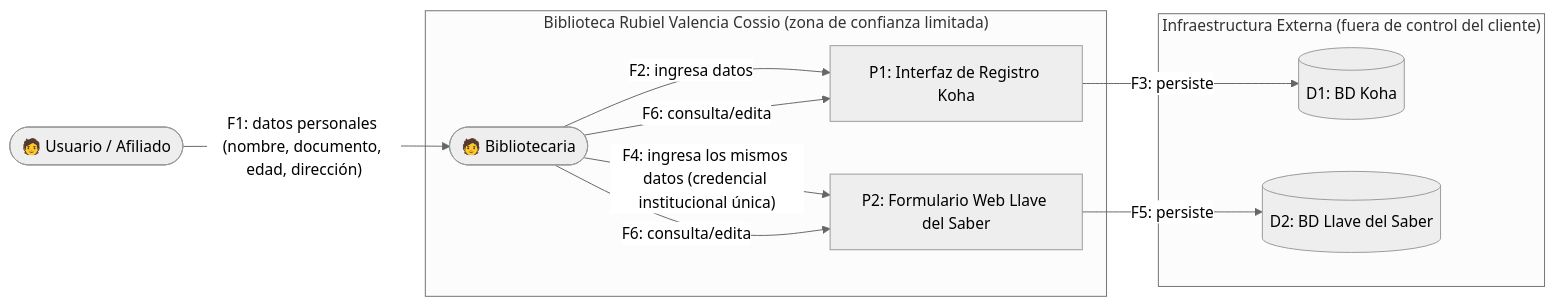
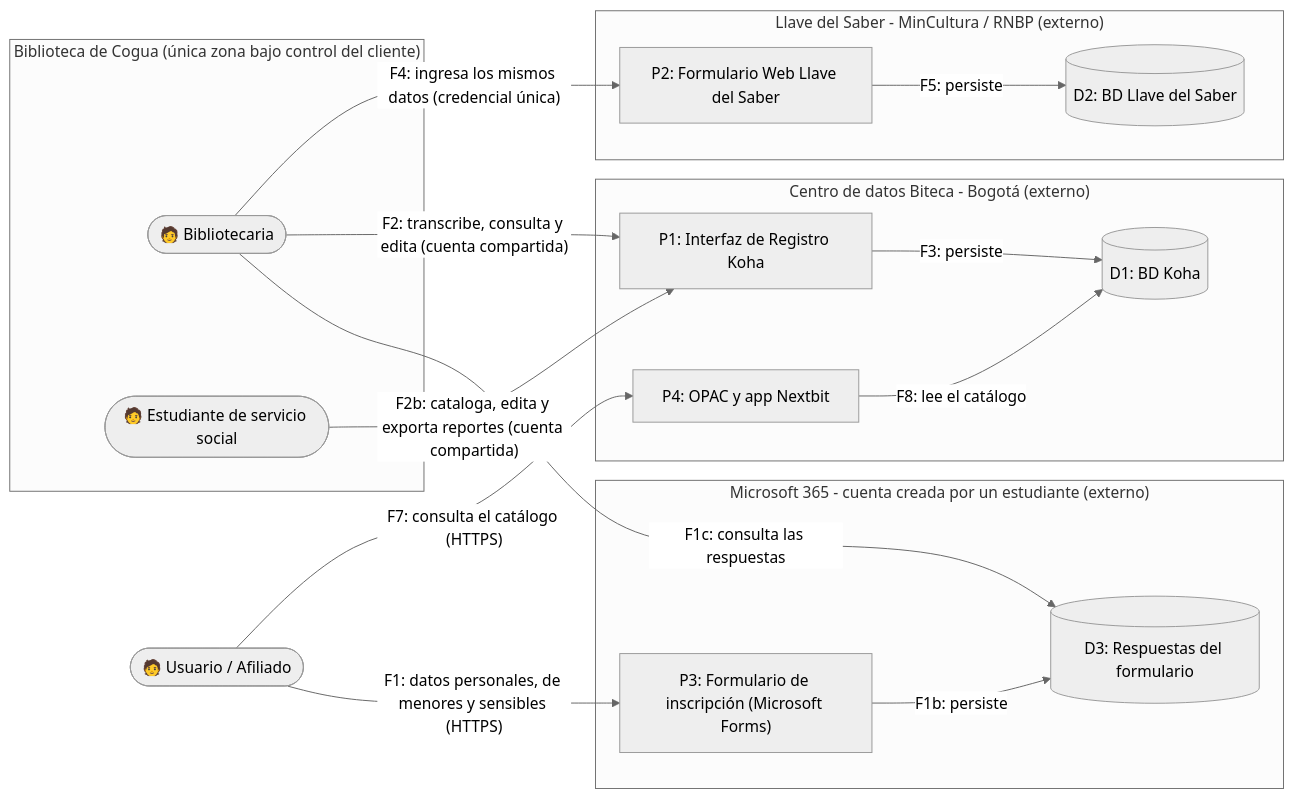
One commit to Jorgealis/PROYECTO-ARQUI-EMPRESARIAL changed the diagram in 05-seguridad-stride/informe.md. Above: the diagram before and after it, drawn with Mermaid (neutral theme). The commit also changed other lines of this file, not shown here.

Commit message:
Revise y actualice el informe del taller STRIDE
Se actualiza la descripción del taller y se corrigen detalles sobre el flujo crítico de registro y gestión de datos personales en Koha y Llave del Saber. Se añaden nuevas amenazas identificadas y se ajusta el análisis de riesgos según hallazgos recientes.

````diff
--- a/05-seguridad-stride/informe.md
+++ b/05-seguridad-stride/informe.md
@@ -46,23 +46,36 @@
 ```mermaid
 flowchart LR
     usuario(["🧑 Usuario / Afiliado"])
 
-    subgraph biblioteca["Biblioteca Rubiel Valencia Cossio (zona de confianza limitada)"]
-        bibliotecaria(["🧑 Bibliotecaria"])
-        koha["P1: Interfaz de Registro Koha"]
-        lds["P2: Formulario Web Llave del Saber"]
+    subgraph cogua["Biblioteca de Cogua (única zona bajo control del cliente)"]
+        bib(["🧑 Bibliotecaria"])
+        est(["🧑 Estudiante de servicio social"])
     end
 
-    subgraph externo["Infraestructura Externa (fuera de control del cliente)"]
-        dbkoha[("D1: BD Koha")]
-        dblds[("D2: BD Llave del Saber")]
+    subgraph ms["Microsoft 365 - cuenta creada por un estudiante (externo)"]
+        p3["P3: Formulario de inscripción (Microsoft Forms)"]
+        d3[("D3: Respuestas del formulario")]
     end
 
-    usuario -->|"F1: datos personales (nombre, documento, edad, dirección)"| bibliotecaria
-    bibliotecaria -->|"F2: ingresa datos"| koha
-    koha -->|"F3: persiste"| dbkoha
-    bibliotecaria -->|"F4: ingresa los mismos datos (credencial institucional única)"| lds
-    lds -->|"F5: persiste"| dblds
-    bibliotecaria -->|"F6: consulta/edita"| koha
-    bibliotecaria -->|"F6: consulta/edita"| lds
+    subgraph biteca["Centro de datos Biteca - Bogotá (externo)"]
+        p1["P1: Interfaz de Registro Koha"]
+        d1[("D1: BD Koha")]
+        p4["P4: OPAC y app Nextbit"]
+    end
+
+    subgraph lds["Llave del Saber - MinCultura / RNBP (externo)"]
+        p2["P2: Formulario Web Llave del Saber"]
+        d2[("D2: BD Llave del Saber")]
+    end
+
+    usuario -->|"F1: datos personales, de menores y sensibles (HTTPS)"| p3
+    p3 -->|"F1b: persiste"| d3
+    bib -->|"F1c: consulta las respuestas"| d3
+    bib -->|"F2: transcribe, consulta y edita (cuenta compartida)"| p1
+    est -->|"F2b: cataloga, edita y exporta reportes (cuenta compartida)"| p1
+    p1 -->|"F3: persiste"| d1
+    bib -->|"F4: ingresa los mismos datos (credencial única)"| p2
+    p2 -->|"F5: persiste"| d2
+    usuario -->|"F7: consulta el catálogo (HTTPS)"| p4
+    p4 -->|"F8: lee el catálogo"| d1
 ```
````
